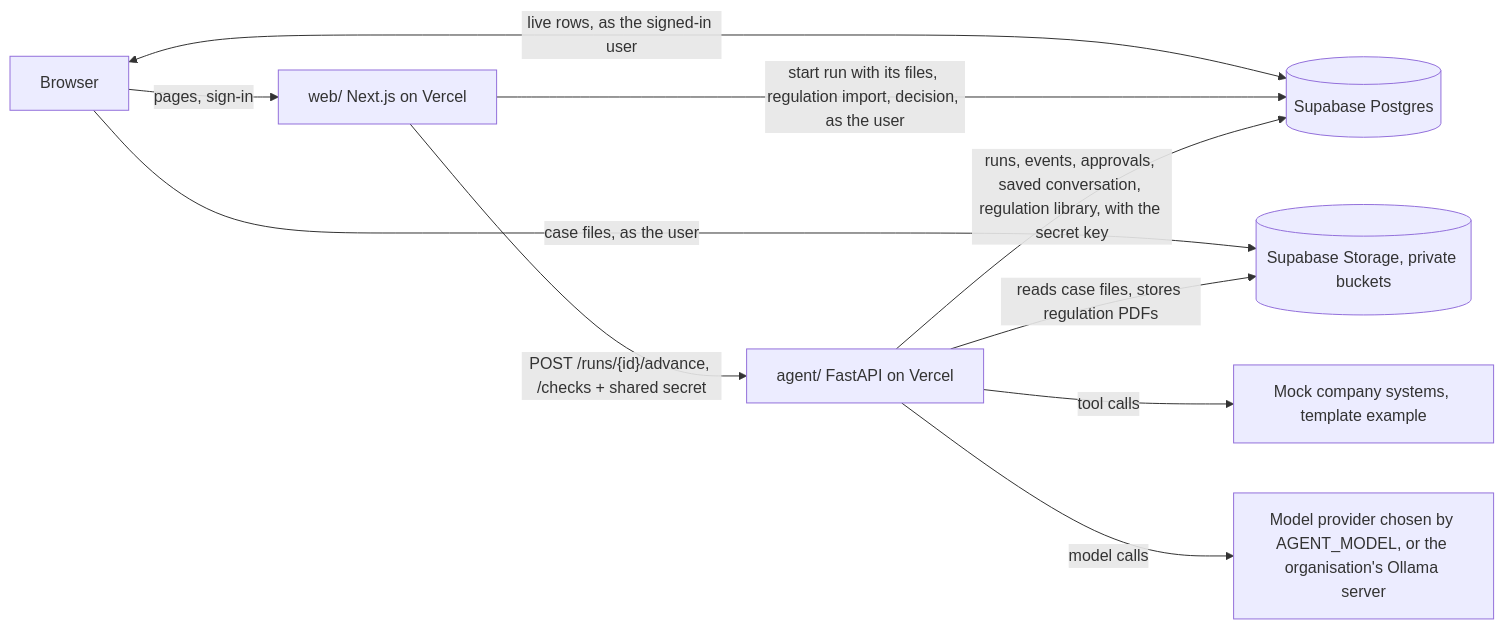
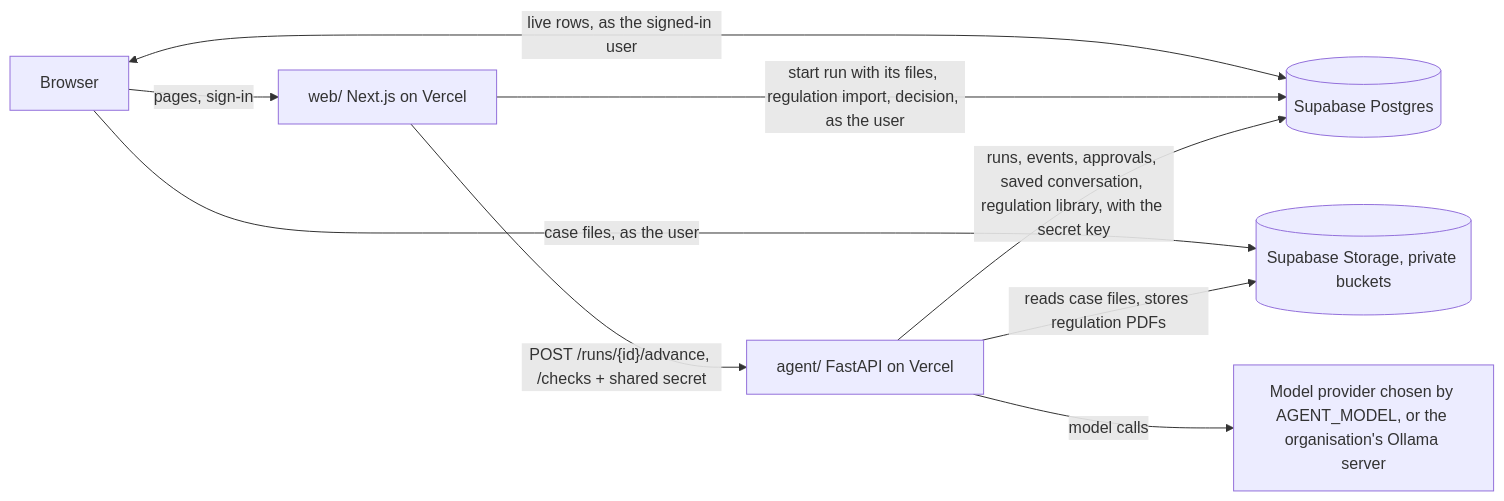
Before and after one commit to space-agents-hack/industrial-hackathon-space-agents: the diagram in docs/architecture.md, drawn with Mermaid. The commit also changed other lines of this file and 27 other files, not shown here.

````diff
--- a/docs/architecture.md
+++ b/docs/architecture.md
@@ -14,12 +13,11 @@
 ```mermaid
 flowchart LR
   B[Browser] -->|pages, sign-in| W[web/ Next.js on Vercel]
   B <-->|live rows, as the signed-in user| D[(Supabase Postgres)]
   B -->|case files, as the user| F[(Supabase Storage, private buckets)]
   W -->|start run with its files, regulation import, decision, as the user| D
   W -->|"POST /runs/{id}/advance, /checks + shared secret"| A[agent/ FastAPI on Vercel]
   A -->|runs, events, approvals, saved conversation, regulation library, with the secret key| D
   A -->|reads case files, stores regulation PDFs| F
-  A -->|tool calls| S[Mock company systems, template example]
   A -->|model calls| M[Model provider chosen by AGENT_MODEL, or the organisation's Ollama server]
 ```
````
